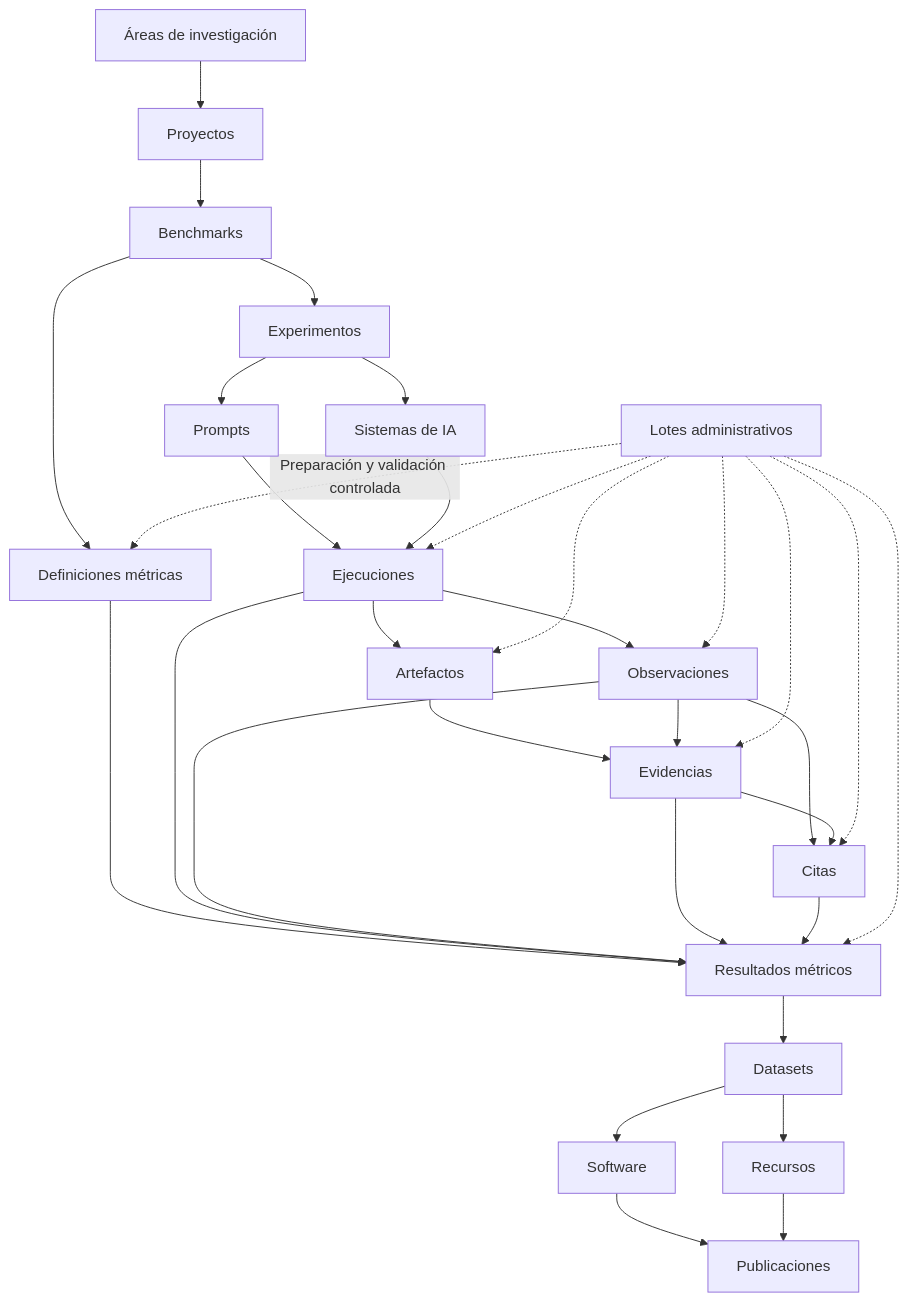
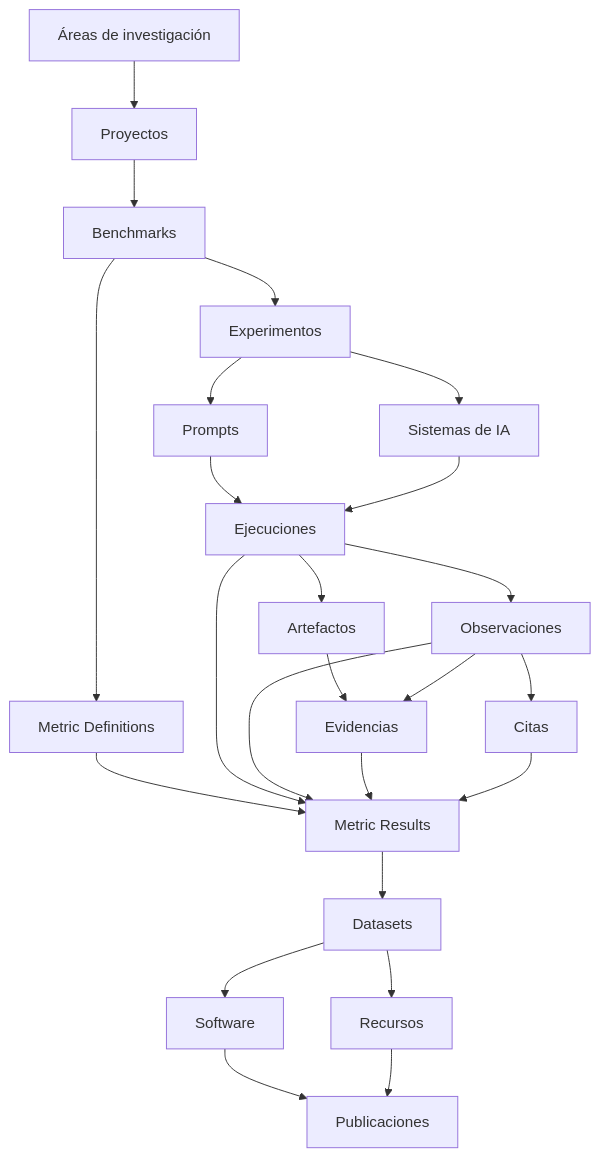
Before and after one commit to gslhub/website: the diagram in README.es.md, drawn with Mermaid. The commit also changed other lines of this file, not shown here.

````diff
--- a/README.es.md
+++ b/README.es.md
@@ -168,34 +150,26 @@
 ```mermaid
 flowchart TD
     A[Áreas de investigación] --> B[Proyectos]
     B --> C[Benchmarks]
     C --> D[Experimentos]
-    C --> MD[Definiciones métricas]
+    C --> MD[Metric Definitions]
     D --> E[Prompts]
     D --> F[Sistemas de IA]
     E --> G[Ejecuciones]
     F --> G
     G --> H[Observaciones]
     G --> I[Artefactos]
     I --> J[Evidencias]
     H --> J
     H --> K[Citas]
-    J --> K
-    MD --> L[Resultados métricos]
+    MD --> L[Metric Results]
     G --> L
     H --> L
     J --> L
     K --> L
     L --> M[Datasets]
     M --> N[Software]
     M --> O[Recursos]
     N --> P[Publicaciones]
     O --> P
-    T[Lotes administrativos] -. Preparación y validación controlada .-> MD
-    T -.-> G
-    T -.-> H
-    T -.-> I
-    T -.-> J
-    T -.-> K
-    T -.-> L
 ```
````
